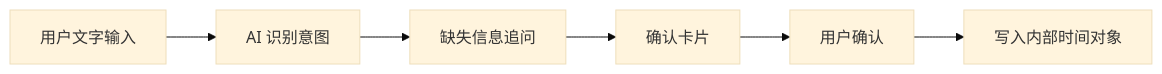
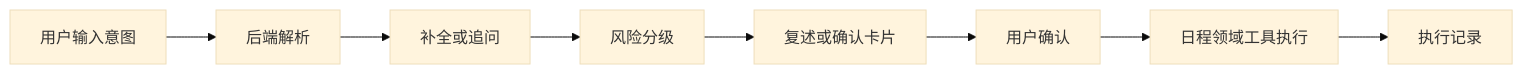
Before and after one commit to Tycalwayslove/ai-engineering-code: the diagram in docs/knowledge-sync/feishu-pages/10-ai-time-management-agent-requirement-baseline.md, drawn with Mermaid (base theme). The commit also changed other lines of this file and 8 other files, not shown here.

````diff
--- a/docs/knowledge-sync/feishu-pages/10-ai-time-management-agent-requirement-baseline.md
+++ b/docs/knowledge-sync/feishu-pages/10-ai-time-management-agent-requirement-baseline.md
@@ -32,8 +37,10 @@
 ```mermaid
 flowchart LR
-  A["用户文字输入"] --> B["AI 识别意图"]
-  B --> C["缺失信息追问"]
-  C --> D["确认卡片"]
-  D --> E["用户确认"]
-  E --> F["写入内部时间对象"]
+  A["用户输入意图"] --> B["后端解析"]
+  B --> C["补全或追问"]
+  C --> D["风险分级"]
+  D --> E["复述或确认卡片"]
+  E --> F["用户确认"]
+  F --> G["日程领域工具执行"]
+  G --> H["执行记录"]
 ```
````
